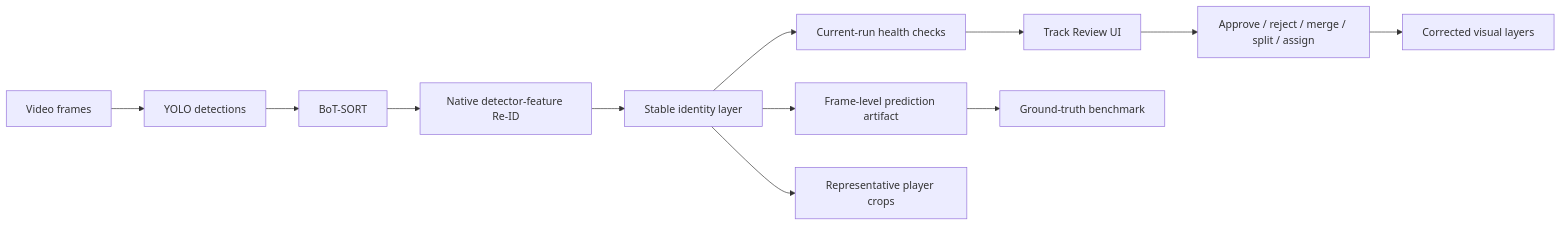
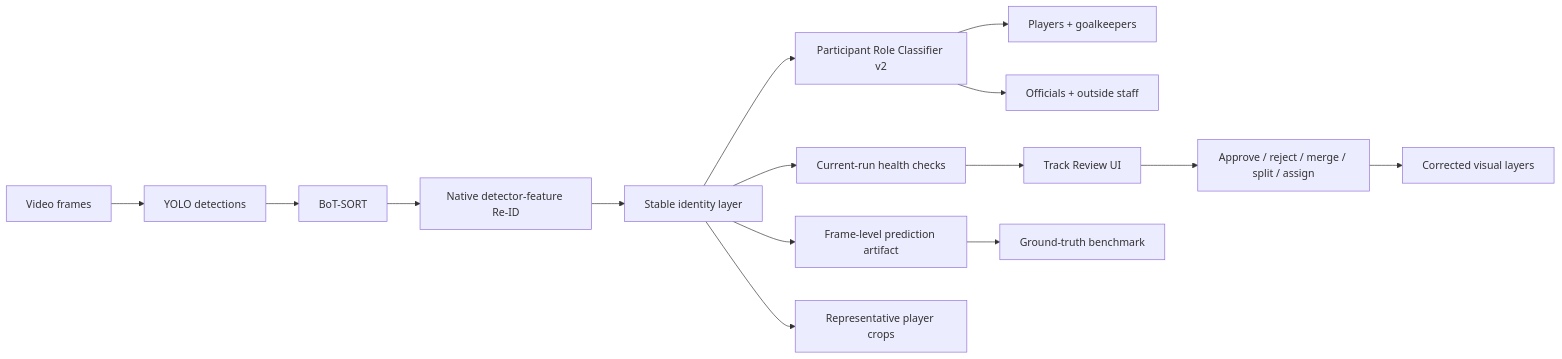
The diagram in docs/TRACKING_QUALITY_GATE.md (ahmedalbanna7/football-intelligence-platform), drawn with Mermaid before and after one commit. The commit also changed other lines of this file and 24 other files, not shown here.

````diff
--- a/docs/TRACKING_QUALITY_GATE.md
+++ b/docs/TRACKING_QUALITY_GATE.md
@@ -7,14 +7,17 @@
 ```mermaid
 flowchart LR
     Frames["Video frames"] --> YOLO["YOLO detections"]
     YOLO --> BoTSORT["BoT-SORT"]
     BoTSORT --> ReID["Native detector-feature Re-ID"]
     ReID --> Stable["Stable identity layer"]
+    Stable --> Roles["Participant Role Classifier v2"]
+    Roles --> Athletes["Players + goalkeepers"]
+    Roles --> NonAthletes["Officials + outside staff"]
     Stable --> Health["Current-run health checks"]
     Stable --> Predictions["Frame-level prediction artifact"]
     Stable --> Crops["Representative player crops"]
     Health --> Review["Track Review UI"]
     Review --> Corrections["Approve / reject / merge / split / assign"]
     Corrections --> Corrected["Corrected visual layers"]
     Predictions --> Benchmark["Ground-truth benchmark"]
 ```
````
